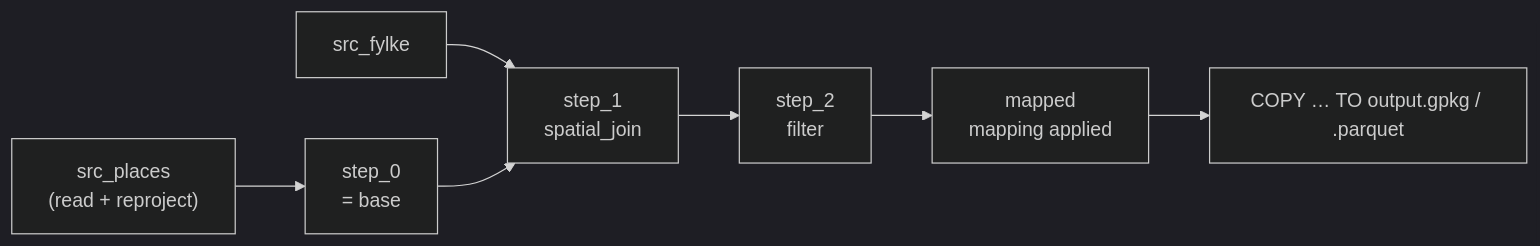
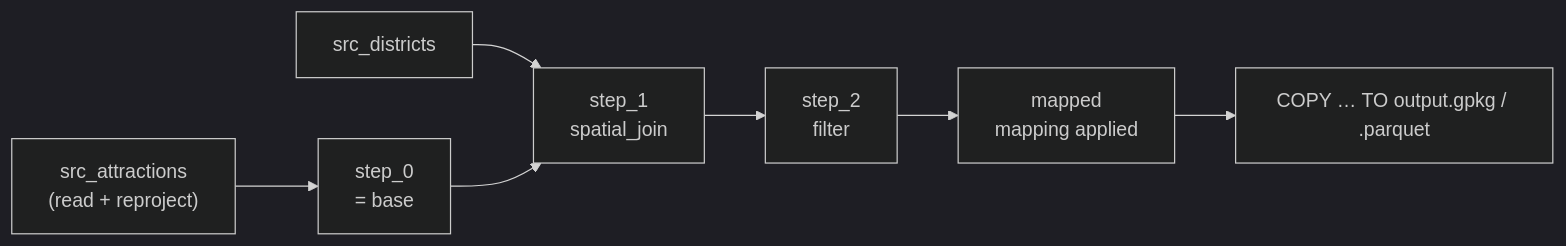
The second of 2 diagrams in docs/concepts.md (henrik716/duck-soup), drawn with Mermaid (dark theme) before and after one commit. The commit also changed other lines of this file and 15 other files, not shown here.

````diff
--- a/docs/concepts.md
+++ b/docs/concepts.md
@@ -136,9 +136,9 @@
 ```mermaid
 flowchart LR
-    A["src_places<br/>(read + reproject)"] --> S0[step_0<br/>= base]
-    B["src_fylke"] --> S1
+    A["src_attractions<br/>(read + reproject)"] --> S0[step_0<br/>= base]
+    B["src_districts"] --> S1
     S0 --> S1[step_1<br/>spatial_join]
     S1 --> S2[step_2<br/>filter]
     S2 --> M[mapped<br/>mapping applied]
     M --> W["COPY … TO output.gpkg / .parquet"]
 ```
````
